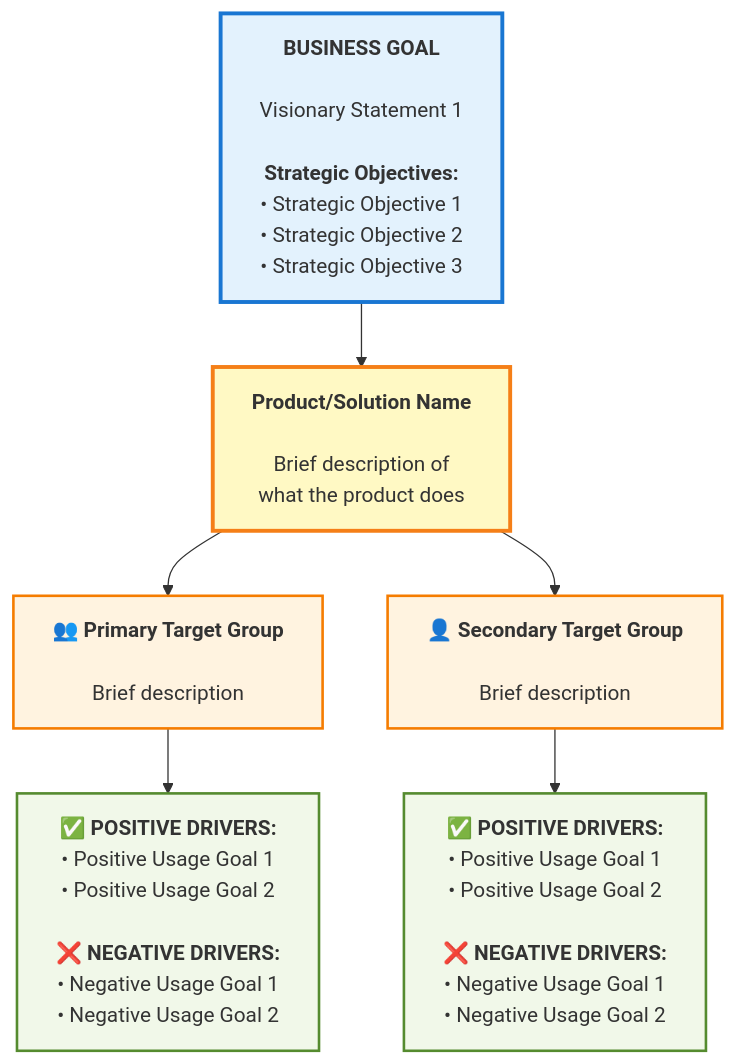
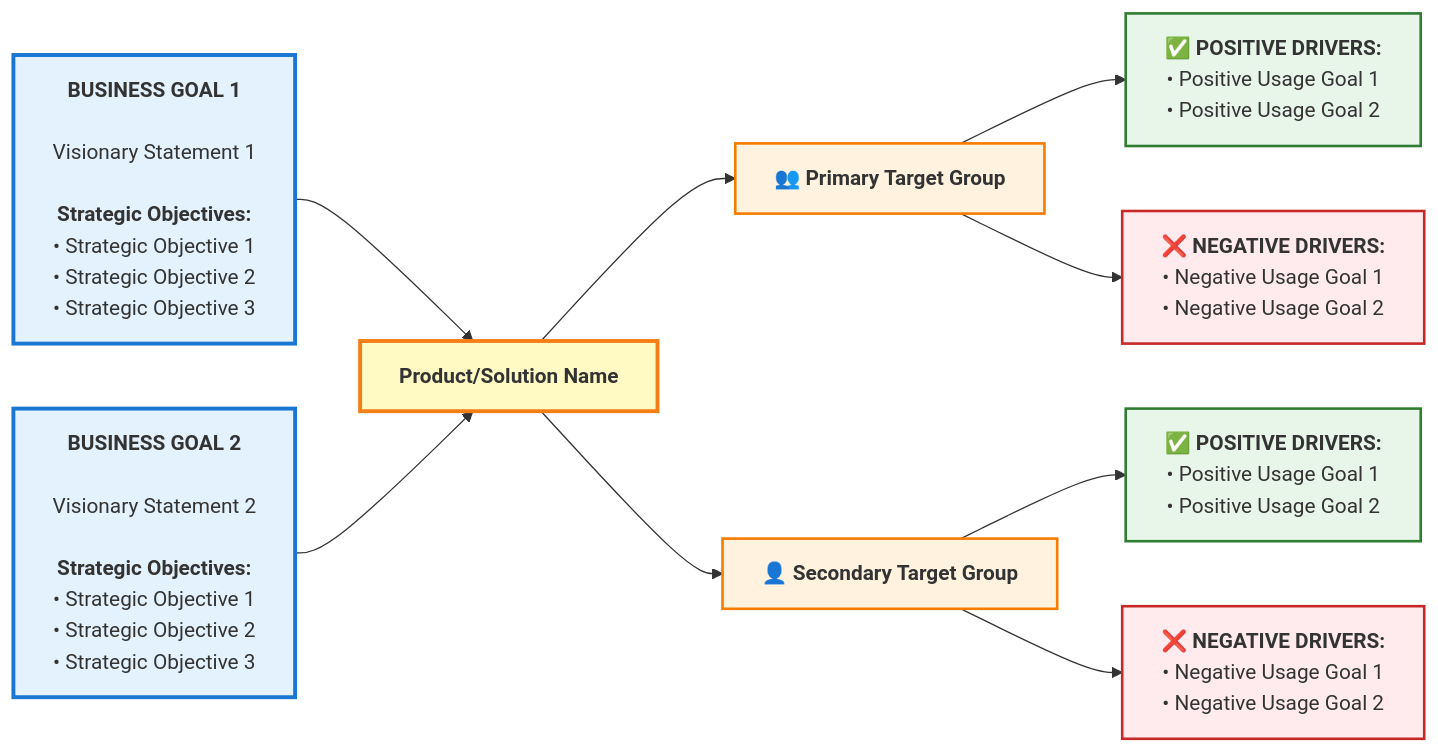
The diagram in src/modules/wds/docs/learn-wds/course-explainers/Module-05-notebook-lm-prompt.md (whiteport-collective/BMAD-METHOD-WDS-ALPHA), drawn with Mermaid before and after one commit. The commit also changed other lines of this file, not shown here.

Commit message:
Notebook LM updates

````diff
--- a/src/modules/wds/docs/learn-wds/course-explainers/Module-05-notebook-lm-prompt.md
+++ b/src/modules/wds/docs/learn-wds/course-explainers/Module-05-notebook-lm-prompt.md
@@ -156,27 +156,39 @@
 ```mermaid
-graph TD
-    BG["<b>BUSINESS GOAL</b><br/><br/>Visionary Statement 1<br/><br/><b>Strategic Objectives:</b><br/>• Strategic Objective 1<br/>• Strategic Objective 2<br/>• Strategic Objective 3"]
+graph LR
+    BG1["<b>BUSINESS GOAL 1</b><br/><br/>Visionary Statement 1<br/><br/><b>Strategic Objectives:</b><br/>• Strategic Objective 1<br/>• Strategic Objective 2<br/>• Strategic Objective 3"]
     
-    PRODUCT["<b>Product/Solution Name</b><br/><br/>Brief description of<br/>what the product does"]
+    BG2["<b>BUSINESS GOAL 2</b><br/><br/>Visionary Statement 2<br/><br/><b>Strategic Objectives:</b><br/>• Strategic Objective 1<br/>• Strategic Objective 2<br/>• Strategic Objective 3"]
     
-    TG1["👥 <b>Primary Target Group</b><br/><br/>Brief description"]
+    PRODUCT["<b>Product/Solution Name</b>"]
     
-    TG2["👤 <b>Secondary Target Group</b><br/><br/>Brief description"]
+    TG1["👥 <b>Primary Target Group</b>"]
     
-    UG1["<b>✅ POSITIVE DRIVERS:</b><br/>• Positive Usage Goal 1<br/>• Positive Usage Goal 2<br/><br/><b>❌ NEGATIVE DRIVERS:</b><br/>• Negative Usage Goal 1<br/>• Negative Usage Goal 2"]
+    TG2["👤 <b>Secondary Target Group</b>"]
     
-    UG2["<b>✅ POSITIVE DRIVERS:</b><br/>• Positive Usage Goal 1<br/>• Positive Usage Goal 2<br/><br/><b>❌ NEGATIVE DRIVERS:</b><br/>• Negative Usage Goal 1<br/>• Negative Usage Goal 2"]
+    POS1["<b>✅ POSITIVE DRIVERS:</b><br/>• Positive Usage Goal 1<br/>• Positive Usage Goal 2"]
     
-    BG --> PRODUCT
+    NEG1["<b>❌ NEGATIVE DRIVERS:</b><br/>• Negative Usage Goal 1<br/>• Negative Usage Goal 2"]
+    
+    POS2["<b>✅ POSITIVE DRIVERS:</b><br/>• Positive Usage Goal 1<br/>• Positive Usage Goal 2"]
+    
+    NEG2["<b>❌ NEGATIVE DRIVERS:</b><br/>• Negative Usage Goal 1<br/>• Negative Usage Goal 2"]
+    
+    BG1 --> PRODUCT
+    BG2 --> PRODUCT
     PRODUCT --> TG1
     PRODUCT --> TG2
-    TG1 --> UG1
-    TG2 --> UG2
+    TG1 --> POS1
+    TG1 --> NEG1
+    TG2 --> POS2
+    TG2 --> NEG2
     
-    style BG fill:#e3f2fd,stroke:#1976d2,stroke-width:3px
+    style BG1 fill:#e3f2fd,stroke:#1976d2,stroke-width:3px
+    style BG2 fill:#e3f2fd,stroke:#1976d2,stroke-width:3px
     style PRODUCT fill:#fff9c4,stroke:#f57f17,stroke-width:3px
     style TG1 fill:#fff3e0,stroke:#f57c00,stroke-width:2px
     style TG2 fill:#fff3e0,stroke:#f57c00,stroke-width:2px
-    style UG1 fill:#f1f8e9,stroke:#558b2f,stroke-width:2px
-    style UG2 fill:#f1f8e9,stroke:#558b2f,stroke-width:2px
+    style POS1 fill:#e8f5e9,stroke:#2e7d32,stroke-width:2px
+    style NEG1 fill:#ffebee,stroke:#c62828,stroke-width:2px
+    style POS2 fill:#e8f5e9,stroke:#2e7d32,stroke-width:2px
+    style NEG2 fill:#ffebee,stroke:#c62828,stroke-width:2px
 ```
````
